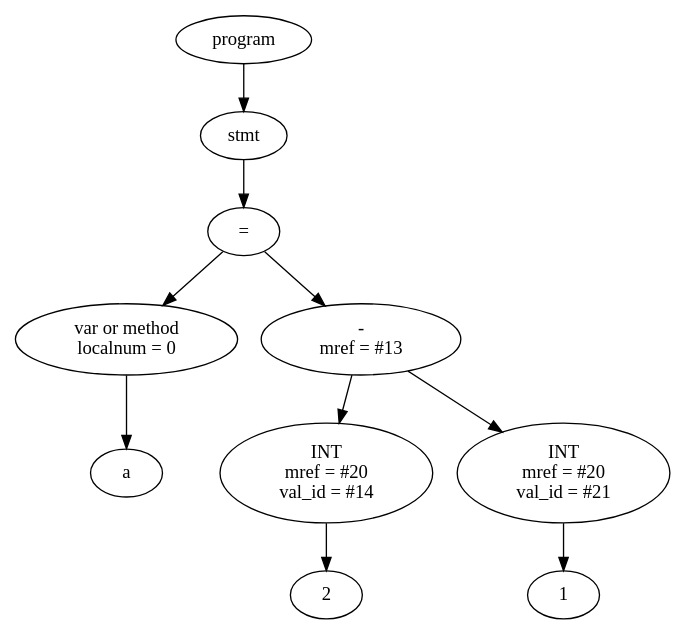
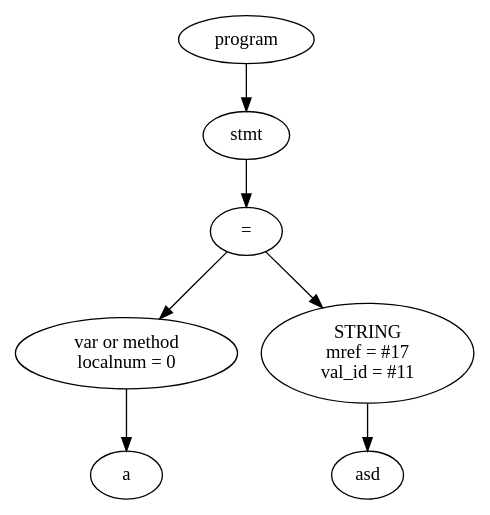
Before and after one commit to Kulakov-Nikita/RubyCompiler: the diagram in RubyCompiler/tree.dot, drawn with Graphviz. The commit also changed 7 other files, not shown here.

```diff
--- a/RubyCompiler/tree.dot
+++ b/RubyCompiler/tree.dot
@@ -1,21 +1,15 @@
 digraph G {
-Id01788B88 [label="program"]
-Id01793DA0 [label="stmt"]
-Id01793D40 [label="="]
-Id01793BC0 [label="var or method\n localnum = 0"]
-IdVal01793BC0 [label="a"]
-Id01793BC0->IdVal01793BC0
-Id01793CE0 [label="-\n mref = #13"]
-Id01793C20 [label="INT\n mref = #20\n val_id = #14"]
-IdVal01793C20 [label="2"]
-Id01793C20->IdVal01793C20
-Id01793C80 [label="INT\n mref = #20\n val_id = #21"]
-IdVal01793C80 [label="1"]
-Id01793C80->IdVal01793C80
-Id01793CE0->Id01793C20
-Id01793CE0->Id01793C80
-Id01793D40->Id01793BC0
-Id01793D40->Id01793CE0
-Id01793DA0->Id01793D40
-Id01788B88->Id01793DA0
+Id010E9D60 [label="program"]
+Id010F3CE0 [label="stmt"]
+Id010F3C80 [label="="]
+Id010F3BC0 [label="var or method\n localnum = 0"]
+IdVal010F3BC0 [label="a"]
+Id010F3BC0->IdVal010F3BC0
+Id010F3C20 [label="STRING\n mref = #17\n val_id = #11"]
+IdVal010F3C20 [label="asd"]
+Id010F3C20->IdVal010F3C20
+Id010F3C80->Id010F3BC0
+Id010F3C80->Id010F3C20
+Id010F3CE0->Id010F3C80
+Id010E9D60->Id010F3CE0
 }
```
